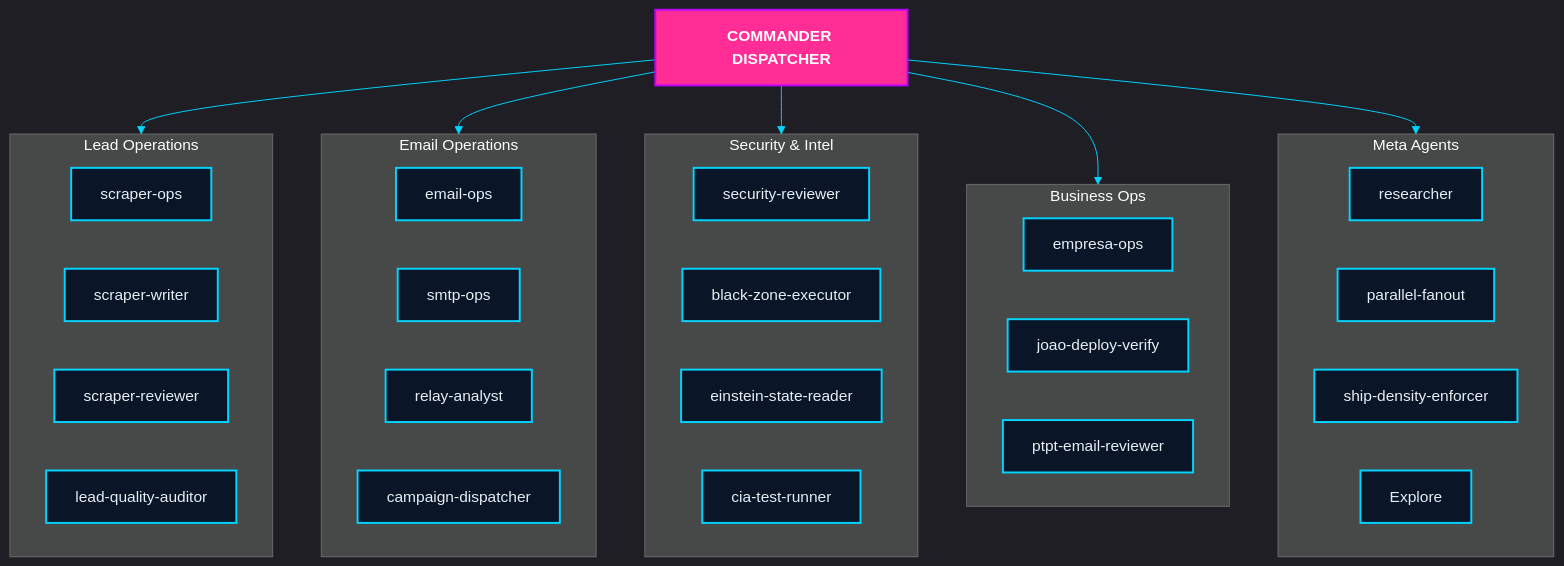
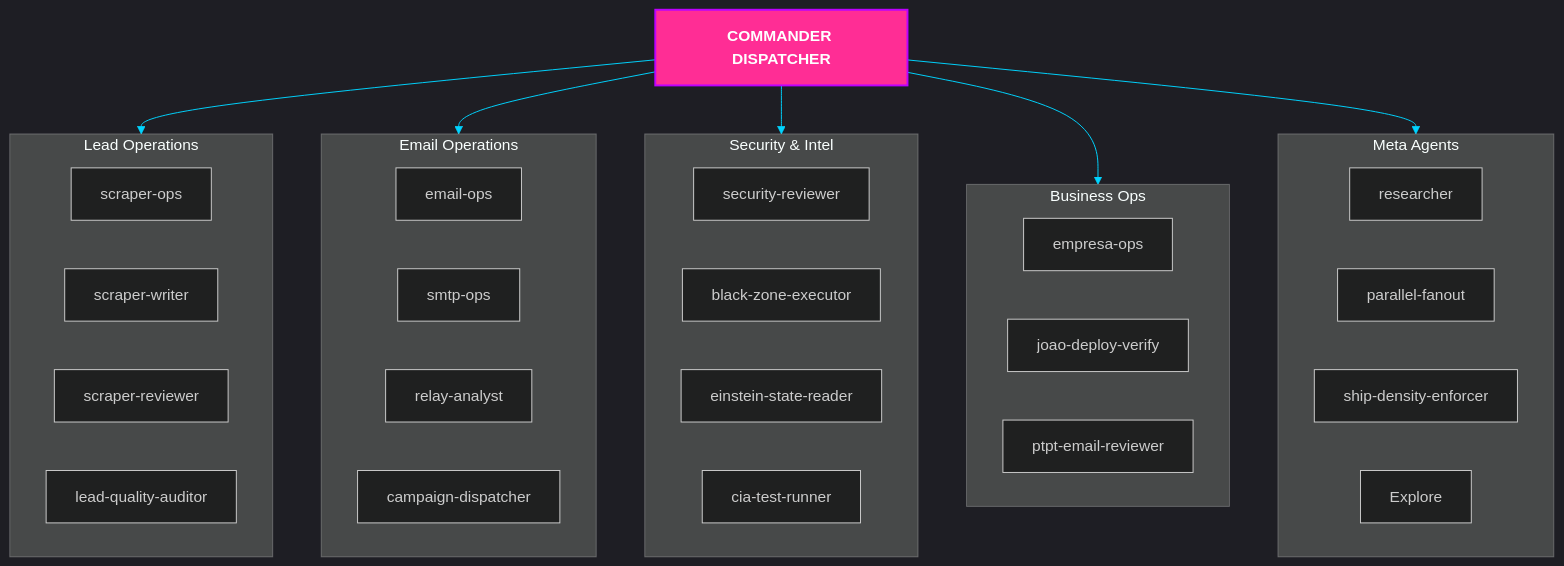
Diagram 13 of 16 in README.md (MatheusAgueda/MatheusAgueda), drawn with Mermaid before and after one commit. The commit also changed other lines of this file, not shown here.

First line of the commit message:
fix: remove dark classDef fills + replace block-beta — fix Mermaid rendering bugs

````diff
--- a/README.md
+++ b/README.md
@@ -2028,51 +2011,48 @@
 ```mermaid
 %%{init: {'theme': 'dark', 'themeVariables': {'primaryColor': '#FF2D95', 'primaryTextColor': '#fff', 'primaryBorderColor': '#BD00FF', 'lineColor': '#00D4FF'}}}%%
 
 graph TD
     CMD["COMMANDER DISPATCHER"]
 
     subgraph SCRAPING["Lead Operations"]
         SO["scraper-ops"]
         SW["scraper-writer"]
         SR["scraper-reviewer"]
         LQ["lead-quality-auditor"]
     end
 
     subgraph EMAIL["Email Operations"]
         EO["email-ops"]
         SM["smtp-ops"]
         RA["relay-analyst"]
         CD["campaign-dispatcher"]
     end
 
     subgraph SECURITY["Security & Intel"]
         SV["security-reviewer"]
         BZ["black-zone-executor"]
         ER["einstein-state-reader"]
         CT["cia-test-runner"]
     end
 
     subgraph BUSINESS["Business Ops"]
         EP["empresa-ops"]
         JD["joao-deploy-verify"]
         PT["ptpt-email-reviewer"]
     end
 
     subgraph META["Meta Agents"]
         RS["researcher"]
         PF["parallel-fanout"]
         SD["ship-density-enforcer"]
         EX["Explore"]
     end
 
     CMD --> SCRAPING
     CMD --> EMAIL
     CMD --> SECURITY
     CMD --> BUSINESS
     CMD --> META
 
-    classDef commander fill:#FF2D95,stroke:#BD00FF,color:#fff,font-weight:bold,stroke-width:2px
-    classDef ops fill:#0a1628,stroke:#00D4FF,color:#e6edf3,stroke-width:2px
-    class CMD commander
-    class SO,SW,SR,LQ,EO,SM,RA,CD,SV,BZ,ER,CT,EP,JD,PT,RS,PF,SD,EX ops
+    style CMD fill:#FF2D95,stroke:#BD00FF,color:#fff,font-weight:bold,stroke-width:2px
 ```
````
